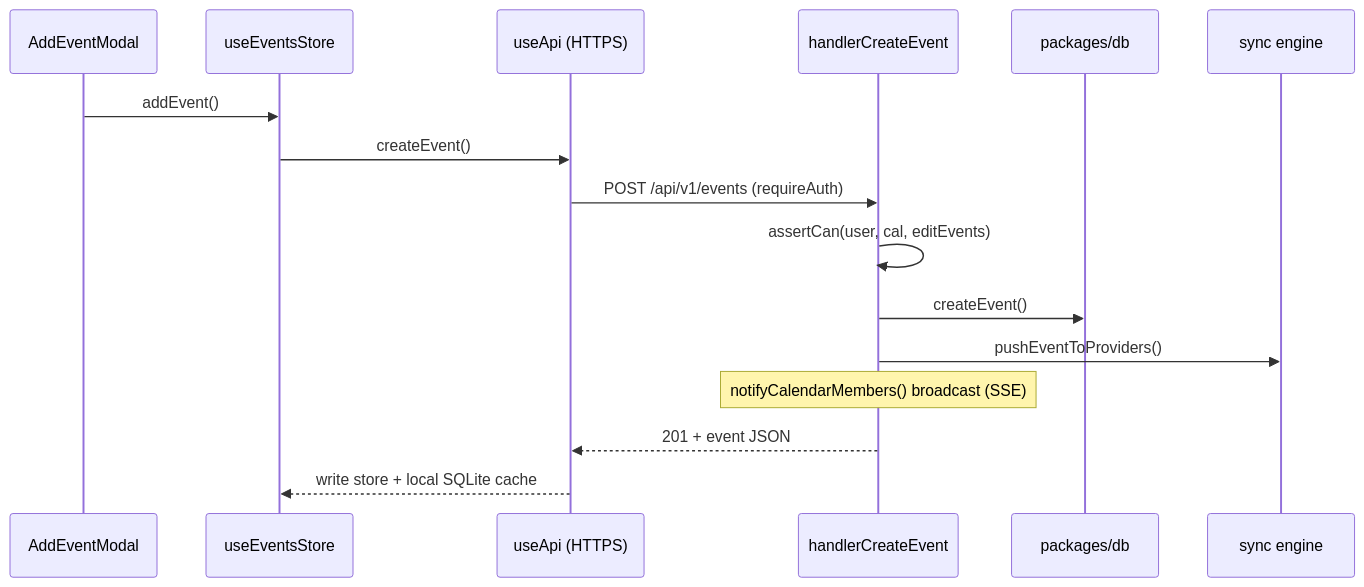
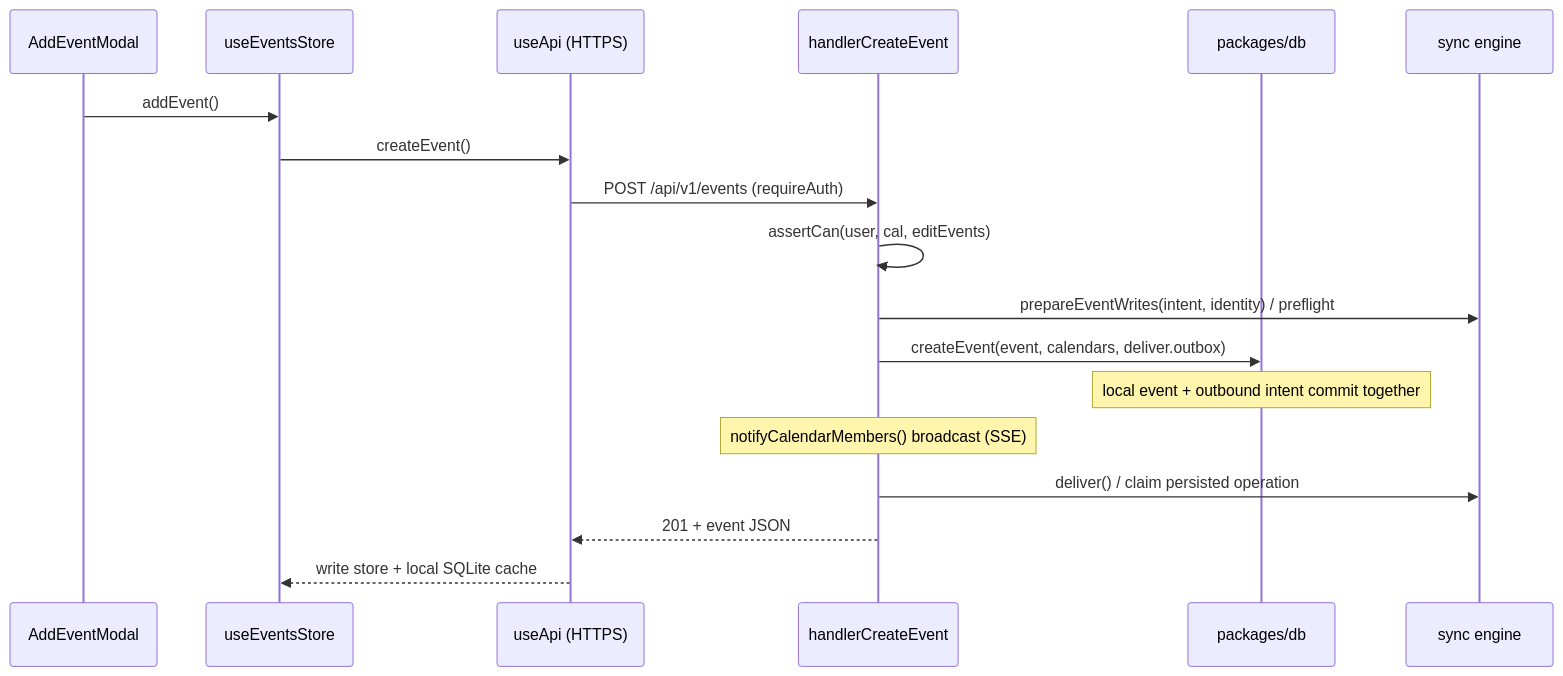
The third of 3 diagrams in packages/docs/src/content/docs/architecture/overview.mdx (frgtn-dot-dev/musubi), drawn with Mermaid before and after one commit. The commit also changed other lines of this file and 23 other files, not shown here.

Commit message:
feat(calendar): persist transactional event delivery intent (K07) (#120)

````diff
--- a/packages/docs/src/content/docs/architecture/overview.mdx
+++ b/packages/docs/src/content/docs/architecture/overview.mdx
@@ -87,18 +87,20 @@
 ```mermaid
 sequenceDiagram
     participant M as AddEventModal
     participant S as useEventsStore
     participant API as useApi (HTTPS)
     participant H as handlerCreateEvent
     participant DB as packages/db
     participant P as sync engine
     M->>S: addEvent()
     S->>API: createEvent()
     API->>H: POST /api/v1/events (requireAuth)
     H->>H: assertCan(user, cal, editEvents)
-    H->>DB: createEvent()
-    H->>P: pushEventToProviders()
+    H->>P: prepareEventWrites(intent, identity) / preflight
+    H->>DB: createEvent(event, calendars, deliver.outbox)
+    Note over DB: local event + outbound intent commit together
     Note over H: notifyCalendarMembers() broadcast (SSE)
+    H->>P: deliver() / claim persisted operation
     H-->>API: 201 + event JSON
     API-->>S: write store + local SQLite cache
 ```
````
